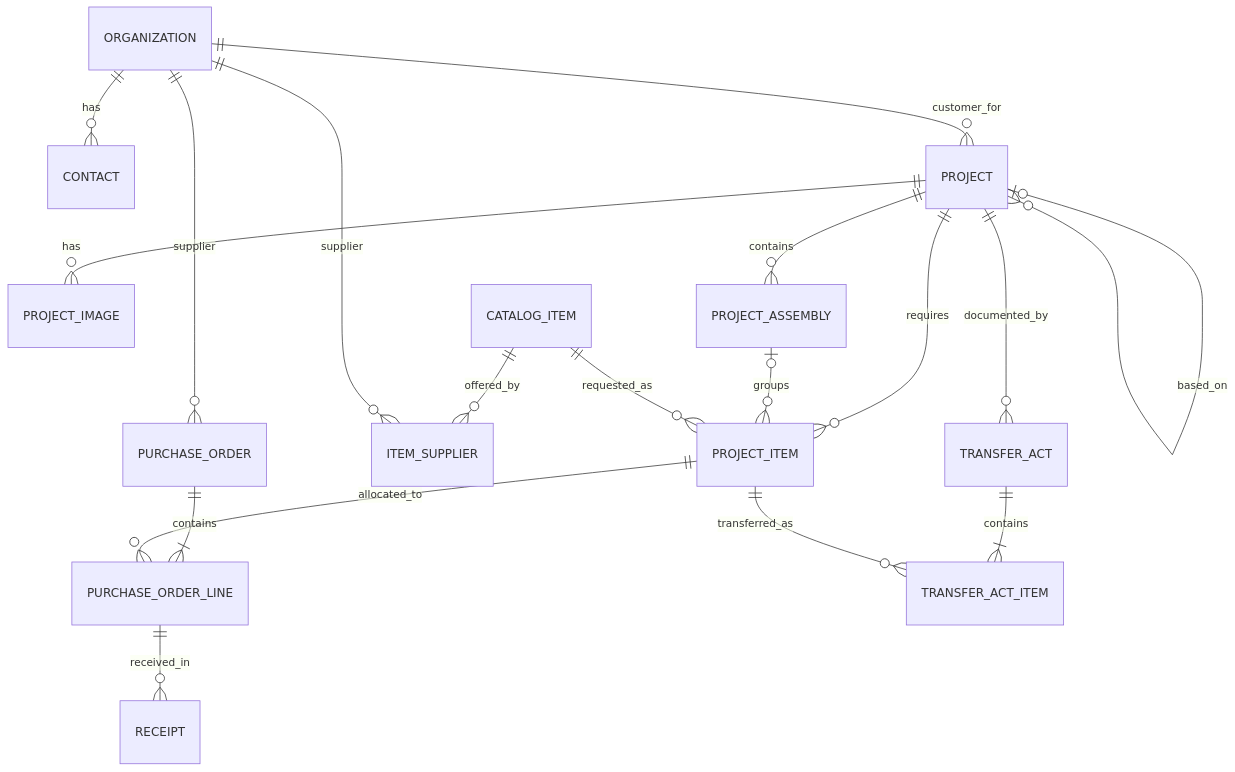
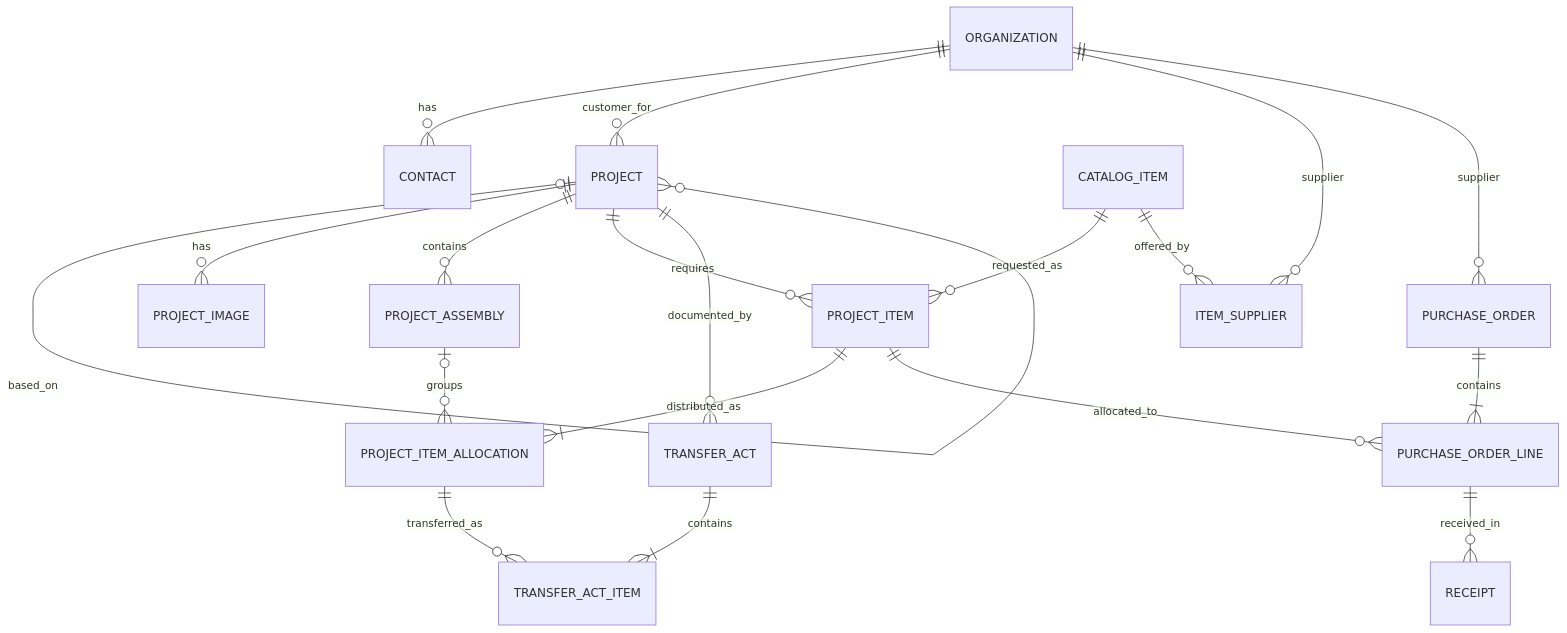
The diagram in docs/domain-model.md (Yurchenkopi/eng_flow), drawn with Mermaid before and after one commit. The commit also changed other lines of this file and 38 other files, not shown here.

````diff
--- a/docs/domain-model.md
+++ b/docs/domain-model.md
@@ -7,20 +7,21 @@
 ```mermaid
 erDiagram
     ORGANIZATION ||--o{ CONTACT : has
     ORGANIZATION ||--o{ PROJECT : customer_for
     PROJECT o|--o{ PROJECT : based_on
     PROJECT ||--o{ PROJECT_IMAGE : has
     PROJECT ||--o{ PROJECT_ASSEMBLY : contains
     PROJECT ||--o{ PROJECT_ITEM : requires
-    PROJECT_ASSEMBLY o|--o{ PROJECT_ITEM : groups
+    PROJECT_ITEM ||--|{ PROJECT_ITEM_ALLOCATION : distributed_as
+    PROJECT_ASSEMBLY o|--o{ PROJECT_ITEM_ALLOCATION : groups
     CATALOG_ITEM ||--o{ PROJECT_ITEM : requested_as
     CATALOG_ITEM ||--o{ ITEM_SUPPLIER : offered_by
     ORGANIZATION ||--o{ ITEM_SUPPLIER : supplier
     ORGANIZATION ||--o{ PURCHASE_ORDER : supplier
     PURCHASE_ORDER ||--|{ PURCHASE_ORDER_LINE : contains
     PROJECT_ITEM ||--o{ PURCHASE_ORDER_LINE : allocated_to
     PURCHASE_ORDER_LINE ||--o{ RECEIPT : received_in
     PROJECT ||--o{ TRANSFER_ACT : documented_by
     TRANSFER_ACT ||--|{ TRANSFER_ACT_ITEM : contains
-    PROJECT_ITEM ||--o{ TRANSFER_ACT_ITEM : transferred_as
+    PROJECT_ITEM_ALLOCATION ||--o{ TRANSFER_ACT_ITEM : transferred_as
 ```
````
